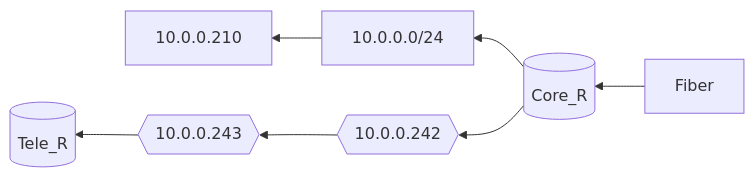
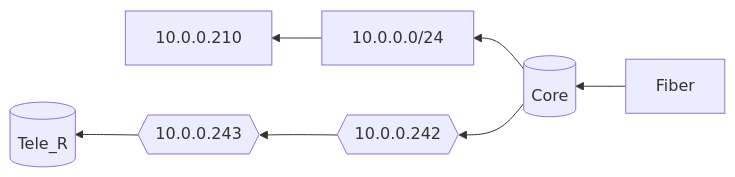
Before and after one commit to notkasim/DOCS: the diagram in top.md, drawn with Mermaid.

````diff
--- a/top.md
+++ b/top.md
@@ -1,12 +1,12 @@
 ```mermaid
 graph RL;
-    core[(Core_R)]
+    core[(Core)]
     Fiber-->core;
     core_link{{10.0.0.242}}
     core-->core_link
     core-->10.0.0.0/24-->10.0.0.210
     tele2_link{{10.0.0.243}}
     core_link-->tele2_link
     tele2[(Tele_R)]
     tele2_link-->tele2
 ```
````
